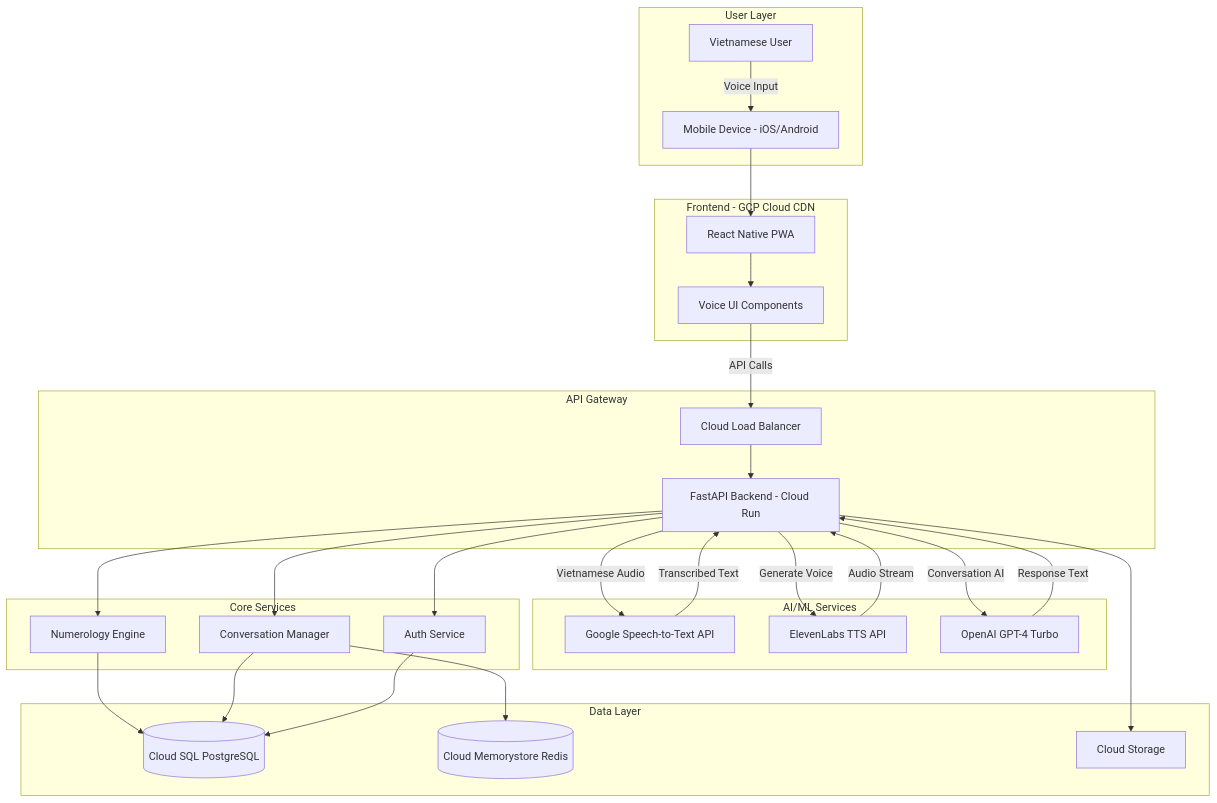
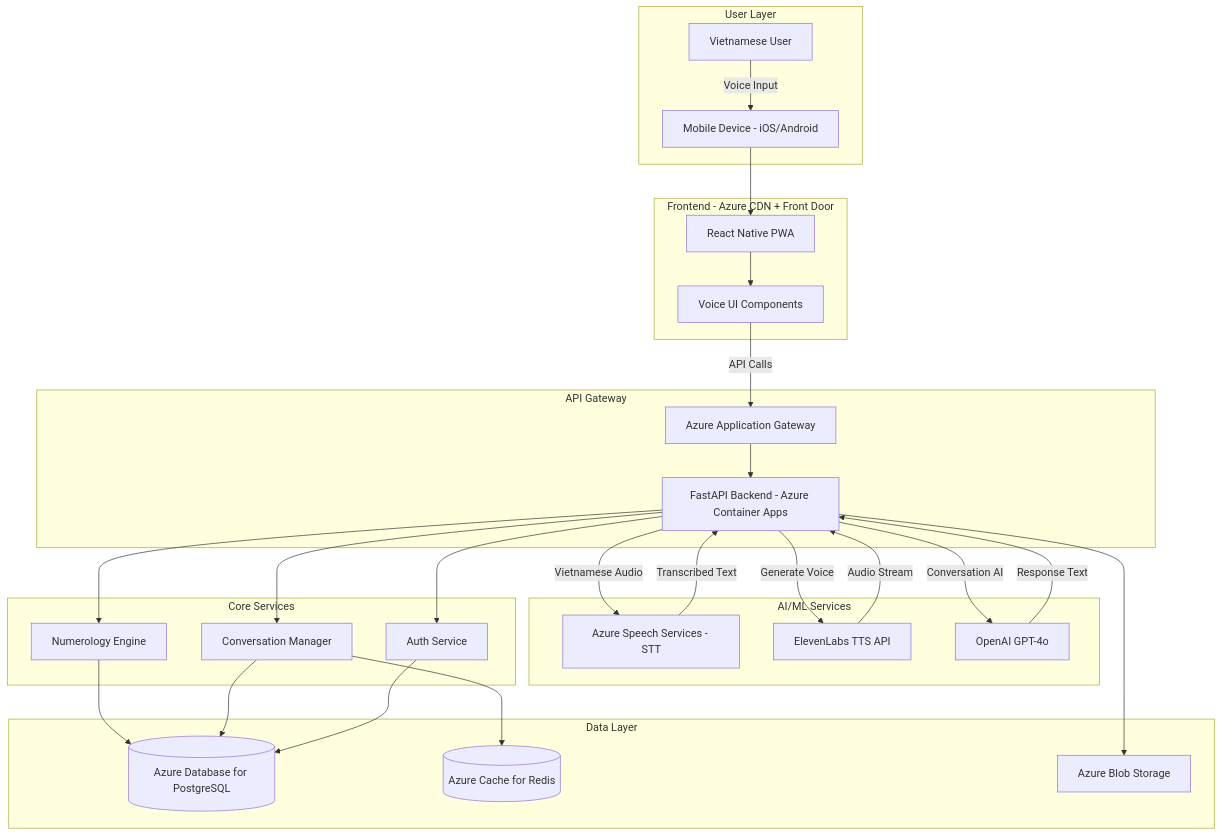
The first of 6 diagrams in docs/architecture.md (hieutrtr/numerologist), drawn with Mermaid before and after one commit. The commit also changed other lines of this file, not shown here.

Commit message:
review architecture doc

````diff
--- a/docs/architecture.md
+++ b/docs/architecture.md
@@ -81,60 +85,60 @@
 ```mermaid
 graph TB
     subgraph "User Layer"
         U[Vietnamese User]
         M[Mobile Device - iOS/Android]
     end
     
-    subgraph "Frontend - GCP Cloud CDN"
+    subgraph "Frontend - Azure CDN + Front Door"
         RN[React Native PWA]
         UI[Voice UI Components]
     end
     
     subgraph "API Gateway"
-        LB[Cloud Load Balancer]
-        API[FastAPI Backend - Cloud Run]
+        AGW[Azure Application Gateway]
+        API[FastAPI Backend - Azure Container Apps]
     end
     
     subgraph "AI/ML Services"
-        STT[Google Speech-to-Text API]
+        STT[Azure Speech Services - STT]
         TTS[ElevenLabs TTS API]
-        GPT[OpenAI GPT-4 Turbo]
+        GPT[OpenAI GPT-4o]
     end
     
     subgraph "Core Services"
         NUM[Numerology Engine]
         CONV[Conversation Manager]
         AUTH[Auth Service]
     end
     
     subgraph "Data Layer"
-        DB[(Cloud SQL PostgreSQL)]
-        CACHE[(Cloud Memorystore Redis)]
-        STORAGE[Cloud Storage]
+        DB[(Azure Database for PostgreSQL)]
+        CACHE[(Azure Cache for Redis)]
+        STORAGE[Azure Blob Storage]
     end
     
     U -->|Voice Input| M
     M --> RN
     RN --> UI
-    UI -->|API Calls| LB
-    LB --> API
+    UI -->|API Calls| AGW
+    AGW --> API
     
     API -->|Vietnamese Audio| STT
     API -->|Generate Voice| TTS
     API -->|Conversation AI| GPT
     
     API --> NUM
     API --> CONV
     API --> AUTH
     
     NUM --> DB
     CONV --> CACHE
     CONV --> DB
     AUTH --> DB
     
     API --> STORAGE
     
     STT -->|Transcribed Text| API
     TTS -->|Audio Stream| API
     GPT -->|Response Text| API
 ```
````
